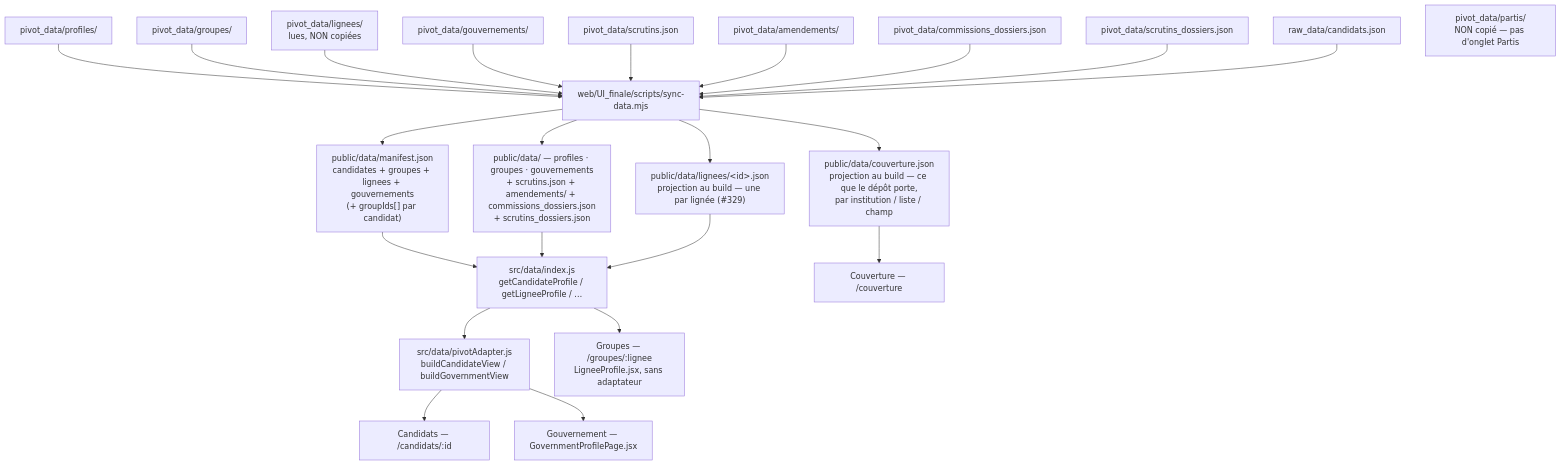
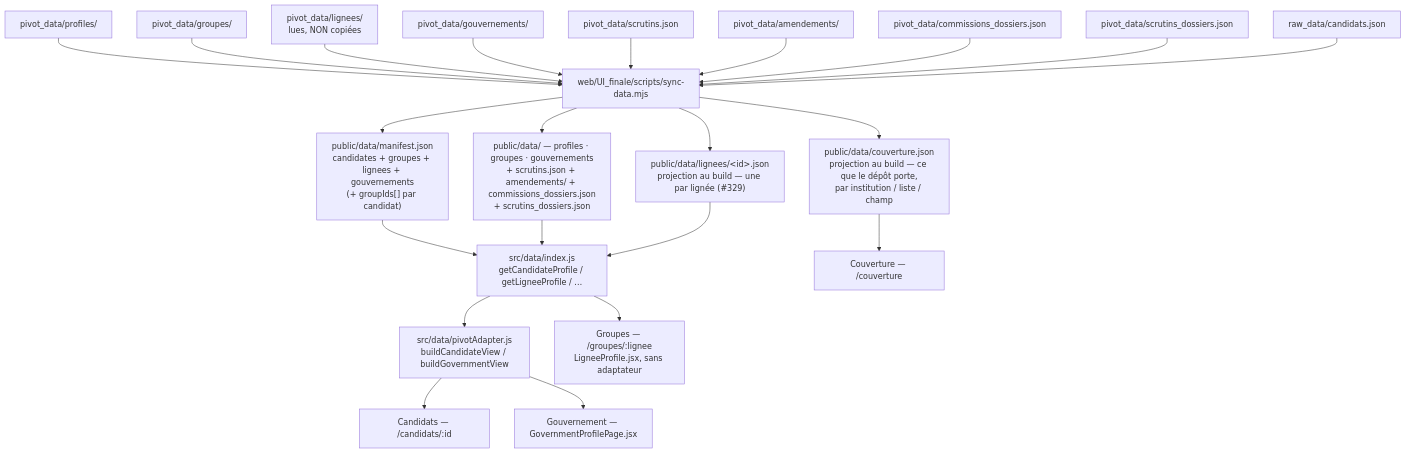
The second of 2 diagrams in docs/data-architecture.md (stephieED/Empreinte-politique-src), drawn with Mermaid before and after one commit. The commit also changed other lines of this file and 44 other files, not shown here.

````diff
--- a/docs/data-architecture.md
+++ b/docs/data-architecture.md
@@ -814,27 +791,26 @@
 ```mermaid
 graph TD
     PIV["pivot_data/profiles/"] --> SYNC["web/UI_finale/scripts/sync-data.mjs"]
     PGR["pivot_data/groupes/"] --> SYNC
     PLI["pivot_data/lignees/<br/>lues, NON copiées"] --> SYNC
     PGO["pivot_data/gouvernements/"] --> SYNC
     SCR["pivot_data/scrutins.json"] --> SYNC
     AMD["pivot_data/amendements/"] --> SYNC
     COM["pivot_data/commissions_dossiers.json"] --> SYNC
     SDO["pivot_data/scrutins_dossiers.json"] --> SYNC
     CAND["raw_data/candidats.json"] --> SYNC
-    PAR["pivot_data/partis/<br/>NON copié — pas d'onglet Partis"]
 
     SYNC --> MAN["public/data/manifest.json<br/>candidates + groupes + lignees + gouvernements<br/>(+ groupIds[] par candidat)"]
     SYNC --> PUB["public/data/ — profiles · groupes · gouvernements<br/>+ scrutins.json + amendements/ + commissions_dossiers.json<br/>+ scrutins_dossiers.json"]
     SYNC --> CVR["public/data/couverture.json<br/>projection au build — ce que le dépôt porte,<br/>par institution / liste / champ"]
     SYNC --> VLI["public/data/lignees/&lt;id&gt;.json<br/>projection au build — une par lignée (#329)"]
 
     MAN --> IDX["src/data/index.js<br/>getCandidateProfile / getLigneeProfile / …"]
     PUB --> IDX
     VLI --> IDX
     IDX --> ADP["src/data/pivotAdapter.js<br/>buildCandidateView / buildGovernmentView"]
     ADP --> VC["Candidats — /candidats/:id"]
     IDX --> VG["Groupes — /groupes/:lignee<br/>LigneeProfile.jsx, sans adaptateur"]
     ADP --> VO["Gouvernement — GovernmentProfilePage.jsx"]
     CVR --> VCV["Couverture — /couverture"]
 ```
````
